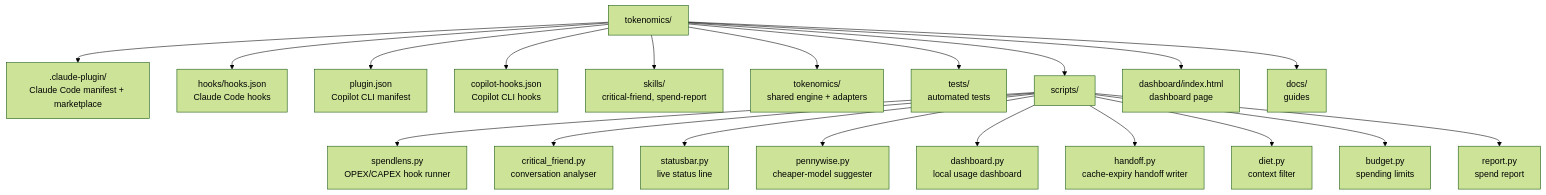
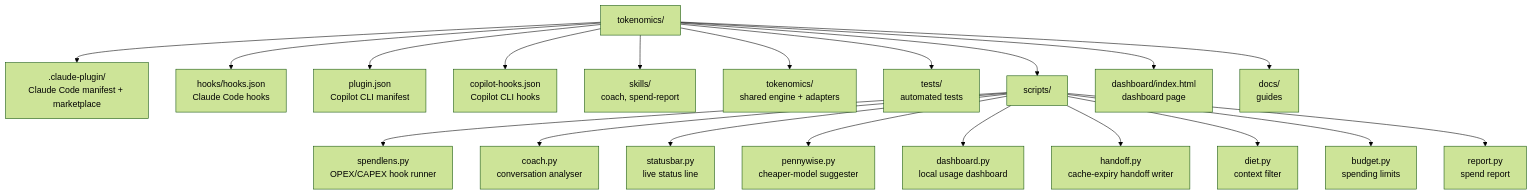
The ninth of 9 diagrams in README.md (andrew44/tokenomics), drawn with Mermaid (forest theme) before and after one commit. The commit also changed other lines of this file and 9 other files, not shown here.

First line of the commit message:
Rename critical-friend to coach

````diff
--- a/README.md
+++ b/README.md
@@ -564,22 +564,22 @@
 ```mermaid
 flowchart TD
     R["tokenomics/"] --> CP[".claude-plugin/<br/>Claude Code manifest + marketplace"]
     R --> H["hooks/hooks.json<br/>Claude Code hooks"]
     R --> PJ["plugin.json<br/>Copilot CLI manifest"]
     R --> CH["copilot-hooks.json<br/>Copilot CLI hooks"]
-    R --> SK["skills/<br/>critical-friend, spend-report"]
+    R --> SK["skills/<br/>coach, spend-report"]
     R --> EN["tokenomics/<br/>shared engine + adapters"]
     R --> TS["tests/<br/>automated tests"]
     R --> SC["scripts/"]
     SC --> S1["spendlens.py<br/>OPEX/CAPEX hook runner"]
-    SC --> S2["critical_friend.py<br/>conversation analyser"]
+    SC --> S2["coach.py<br/>conversation analyser"]
     SC --> S3["statusbar.py<br/>live status line"]
     SC --> S4["pennywise.py<br/>cheaper-model suggester"]
     SC --> S5["dashboard.py<br/>local usage dashboard"]
     SC --> S6["handoff.py<br/>cache-expiry handoff writer"]
     SC --> S7["diet.py<br/>context filter"]
     SC --> S8["budget.py<br/>spending limits"]
     SC --> S9["report.py<br/>spend report"]
     R --> D["dashboard/index.html<br/>dashboard page"]
     R --> DO["docs/<br/>guides"]
 ```
````
